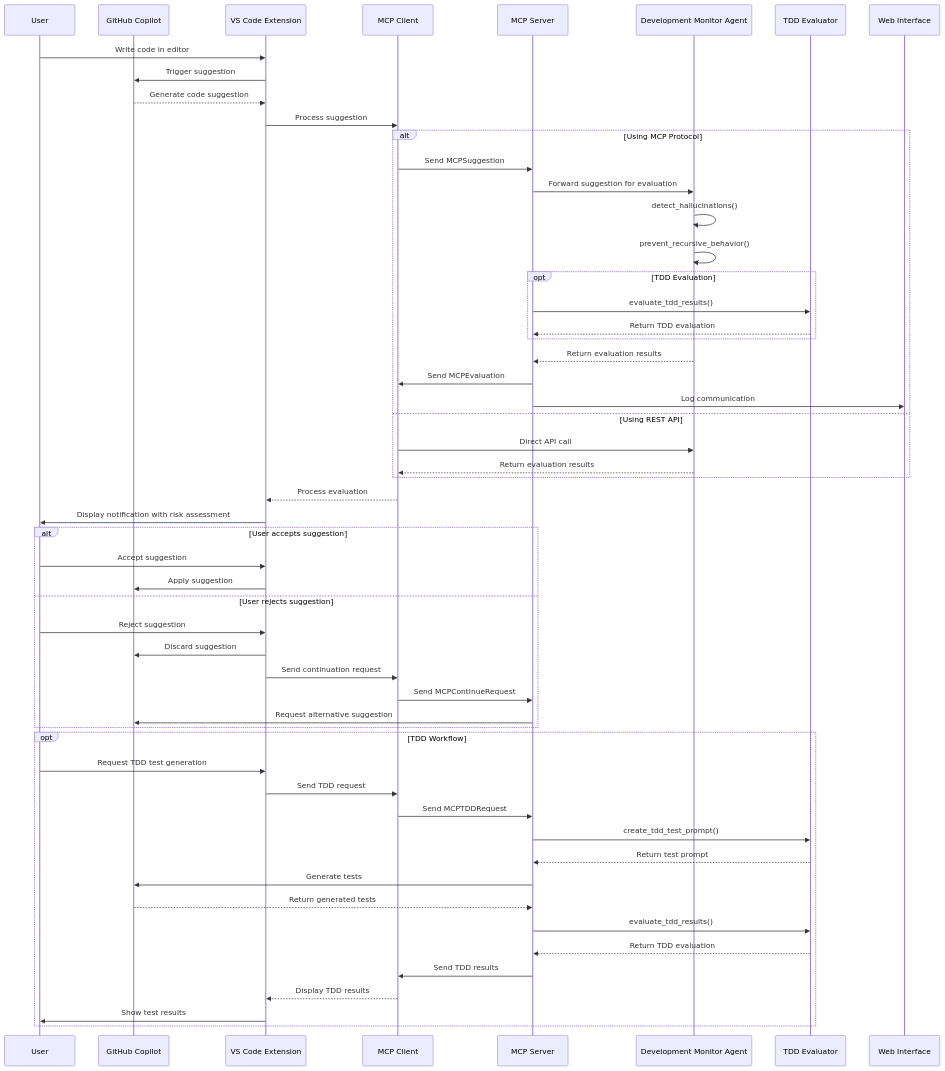
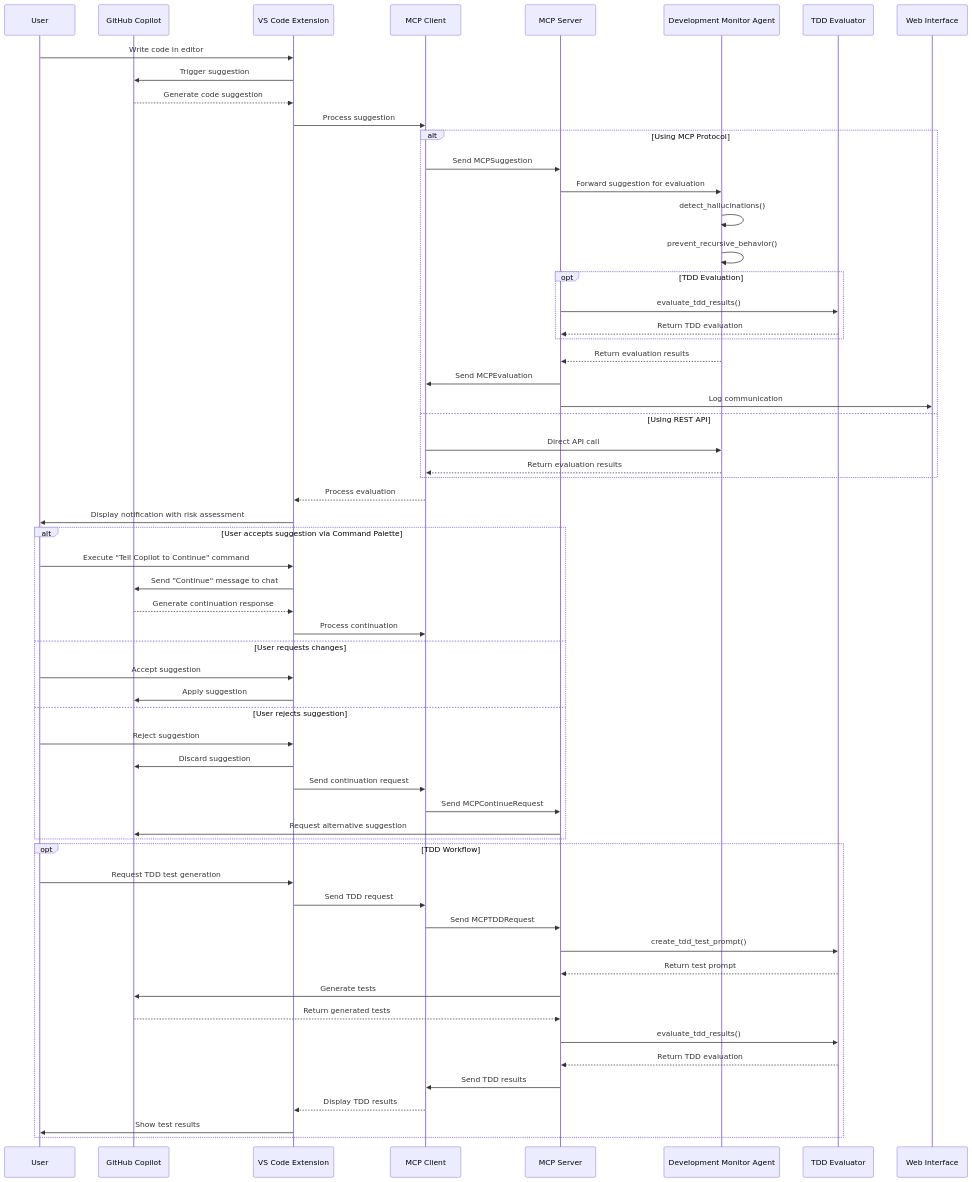
One commit to ebarczynski/ai-development-monitor changed the diagram in docs/diagrams/component_interaction_uml.md. Above: the diagram before and after it, drawn with Mermaid. The commit also changed 19 other files, not shown here.

Commit message:
Bump version to 0.5.0: Add GitHub Copilot Chat interaction features

````diff
--- a/docs/diagrams/component_interaction_uml.md
+++ b/docs/diagrams/component_interaction_uml.md
@@ -3,64 +3,69 @@
 ```mermaid
 sequenceDiagram
     participant User
     participant GHCopilot as GitHub Copilot
     participant VSExt as VS Code Extension
     participant MCPClient as MCP Client
     participant MCPServer as MCP Server
     participant Agent as Development Monitor Agent
     participant TDD as TDD Evaluator
     participant Web as Web Interface
     
     User->>VSExt: Write code in editor
     VSExt->>GHCopilot: Trigger suggestion
     GHCopilot-->>VSExt: Generate code suggestion
     VSExt->>MCPClient: Process suggestion
     
     alt Using MCP Protocol
         MCPClient->>MCPServer: Send MCPSuggestion
         MCPServer->>Agent: Forward suggestion for evaluation
         Agent->>Agent: detect_hallucinations()
         Agent->>Agent: prevent_recursive_behavior()
         
         opt TDD Evaluation
             MCPServer->>TDD: evaluate_tdd_results()
             TDD-->>MCPServer: Return TDD evaluation
         end
         
         Agent-->>MCPServer: Return evaluation results
         MCPServer->>MCPClient: Send MCPEvaluation
         MCPServer->>Web: Log communication
     else Using REST API
         MCPClient->>Agent: Direct API call
         Agent-->>MCPClient: Return evaluation results
     end
     
     MCPClient-->>VSExt: Process evaluation
     VSExt->>User: Display notification with risk assessment
     
-    alt User accepts suggestion
+    alt User accepts suggestion via Command Palette
+        User->>VSExt: Execute "Tell Copilot to Continue" command
+        VSExt->>GHCopilot: Send "Continue" message to chat
+        GHCopilot-->>VSExt: Generate continuation response
+        VSExt->>MCPClient: Process continuation
+    else User requests changes
         User->>VSExt: Accept suggestion
         VSExt->>GHCopilot: Apply suggestion
     else User rejects suggestion
         User->>VSExt: Reject suggestion
         VSExt->>GHCopilot: Discard suggestion
         VSExt->>MCPClient: Send continuation request
         MCPClient->>MCPServer: Send MCPContinueRequest
         MCPServer->>GHCopilot: Request alternative suggestion
     end
     
     opt TDD Workflow
         User->>VSExt: Request TDD test generation
         VSExt->>MCPClient: Send TDD request
         MCPClient->>MCPServer: Send MCPTDDRequest
         MCPServer->>TDD: create_tdd_test_prompt()
         TDD-->>MCPServer: Return test prompt
         MCPServer->>GHCopilot: Generate tests
         GHCopilot-->>MCPServer: Return generated tests
         MCPServer->>TDD: evaluate_tdd_results()
         TDD-->>MCPServer: Return TDD evaluation
         MCPServer->>MCPClient: Send TDD results
         MCPClient-->>VSExt: Display TDD results
         VSExt->>User: Show test results
     end
 ```
````
